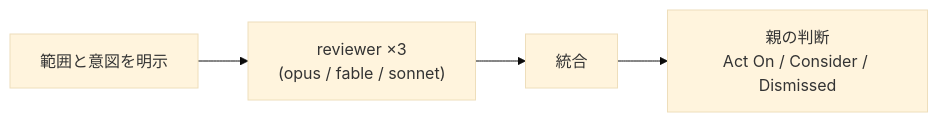
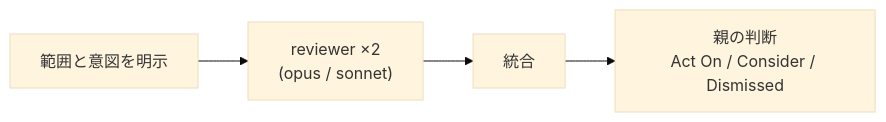
Before and after one commit to souljazzfunk/lab: the seventh of 12 diagrams in pstack-cc/docs/skill-map.ja.md, drawn with Mermaid (base theme). The commit also changed other lines of this file and 49 other files, not shown here.

````diff
--- a/pstack-cc/docs/skill-map.ja.md
+++ b/pstack-cc/docs/skill-map.ja.md
@@ -153,6 +155,6 @@
 ```mermaid
 flowchart LR
-  A[範囲と意図を明示] --> B["reviewer ×3<br/>(opus / fable / sonnet)"]
+  A[範囲と意図を明示] --> B["reviewer ×2<br/>(opus / sonnet)"]
   B --> C[統合]
   C --> D["親の判断<br/>Act On / Consider / Dismissed"]
 ```
````
